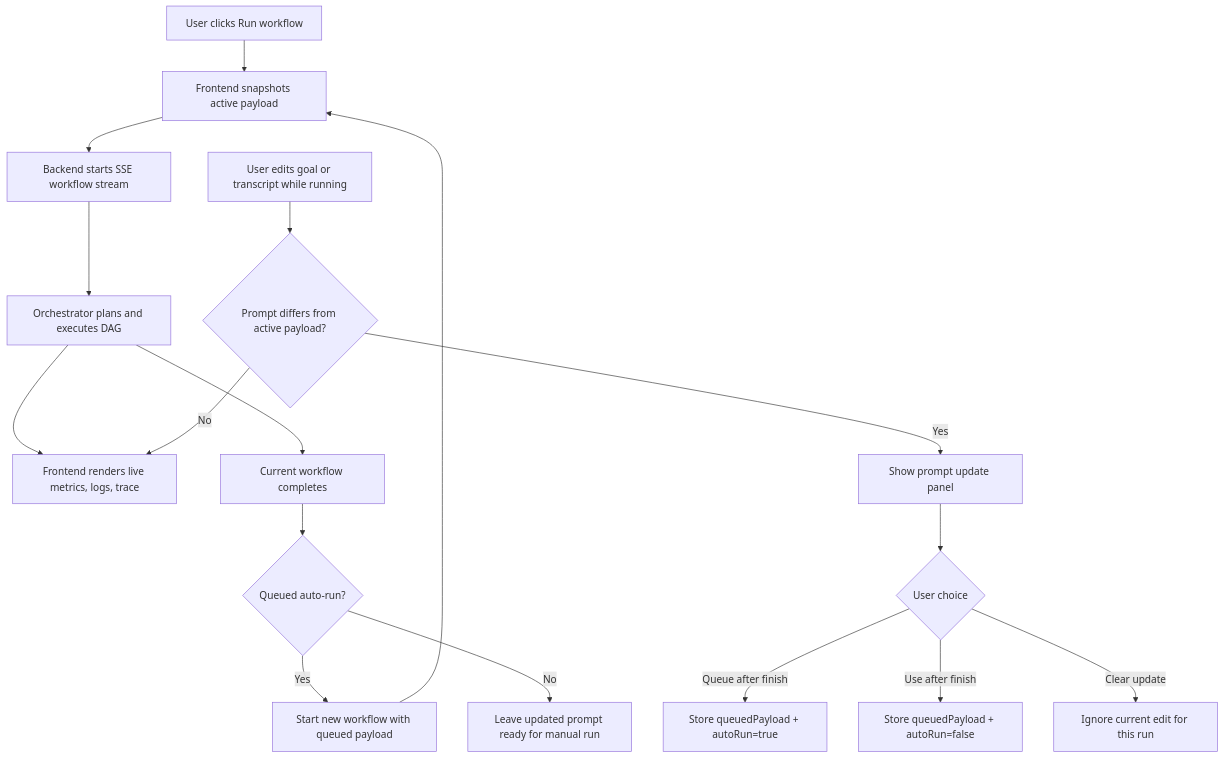
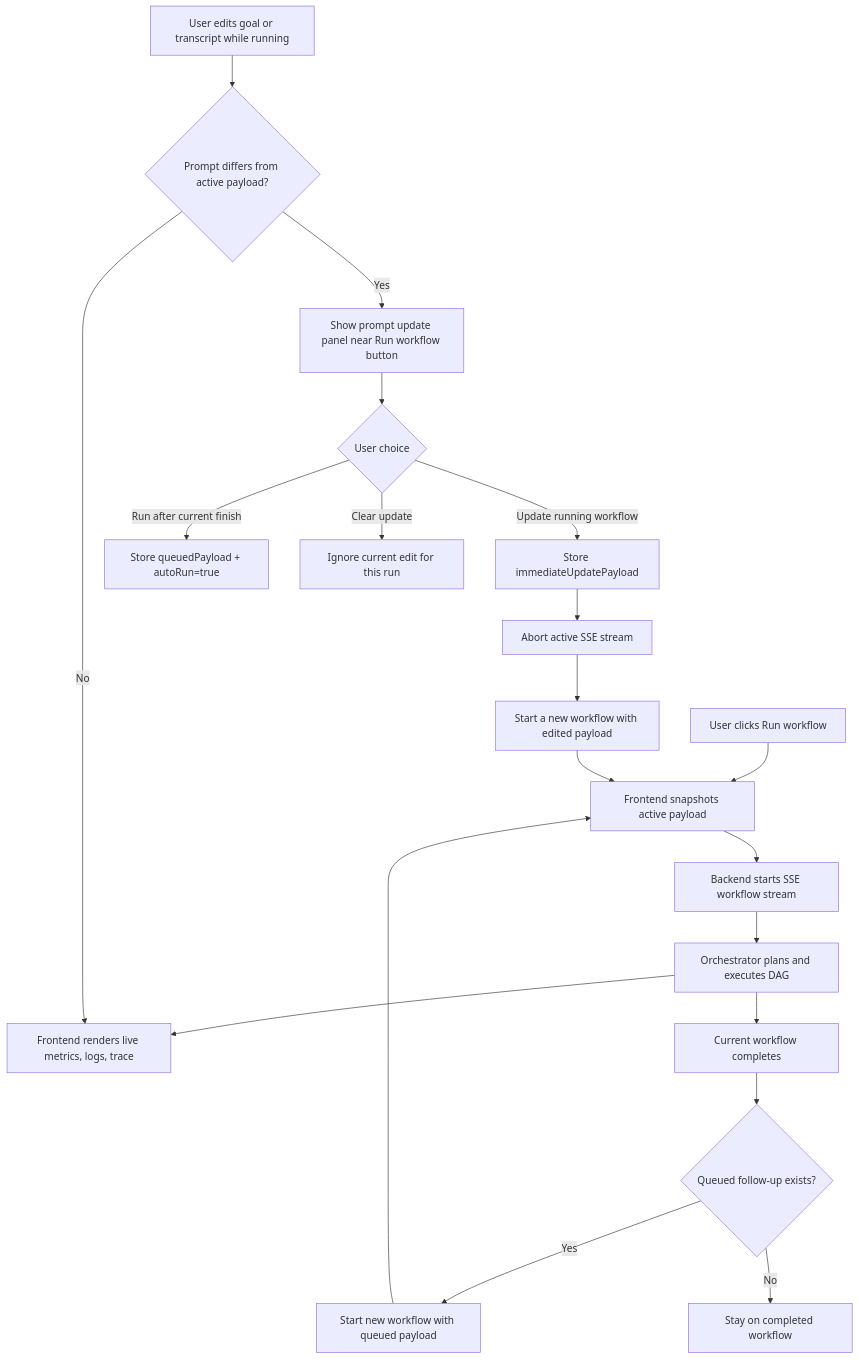
One commit to Vedant817/HiveMindAI changed the first of 2 diagrams in WorkflowAmendmentArchitecture.md. Above: the diagram before and after it, drawn with Mermaid. The commit also changed other lines of this file and 2 other files, not shown here.

Commit message:
feat: update active workflow from prompt edits

````diff
--- a/WorkflowAmendmentArchitecture.md
+++ b/WorkflowAmendmentArchitecture.md
@@ -27,21 +28,26 @@
 ```mermaid
 flowchart TD
     A[User clicks Run workflow] --> B[Frontend snapshots active payload]
     B --> C[Backend starts SSE workflow stream]
     C --> D[Orchestrator plans and executes DAG]
     D --> E[Frontend renders live metrics, logs, trace]
 
     F[User edits goal or transcript while running] --> G{Prompt differs from active payload?}
     G -- No --> E
-    G -- Yes --> H[Show prompt update panel]
+    G -- Yes --> H[Show prompt update panel near Run workflow button]
     H --> I{User choice}
-    I -- Queue after finish --> J[Store queuedPayload + autoRun=true]
-    I -- Use after finish --> K[Store queuedPayload + autoRun=false]
-    I -- Clear update --> L[Ignore current edit for this run]
 
-    D --> M[Current workflow completes]
-    M --> N{Queued auto-run?}
-    N -- Yes --> O[Start new workflow with queued payload]
-    N -- No --> P[Leave updated prompt ready for manual run]
-    O --> B
+    I -- Update running workflow --> J[Store immediateUpdatePayload]
+    J --> K[Abort active SSE stream]
+    K --> L[Start a new workflow with edited payload]
+    L --> B
+
+    I -- Run after current finish --> M[Store queuedPayload + autoRun=true]
+    I -- Clear update --> N[Ignore current edit for this run]
+
+    D --> O[Current workflow completes]
+    O --> P{Queued follow-up exists?}
+    P -- Yes --> Q[Start new workflow with queued payload]
+    P -- No --> R[Stay on completed workflow]
+    Q --> B
 ```
````
